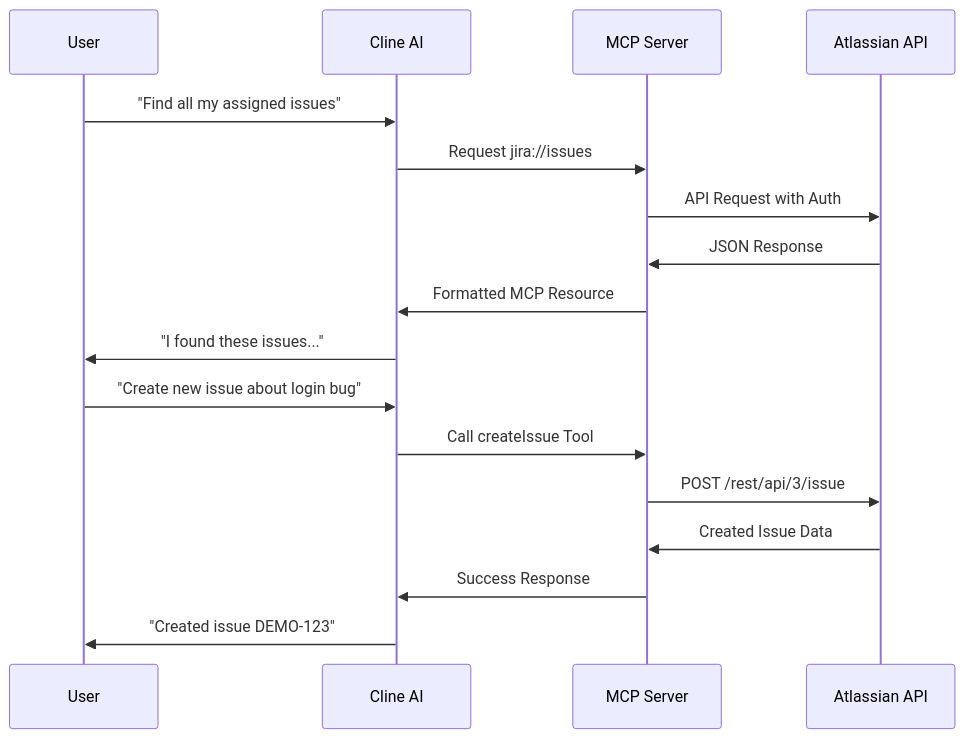
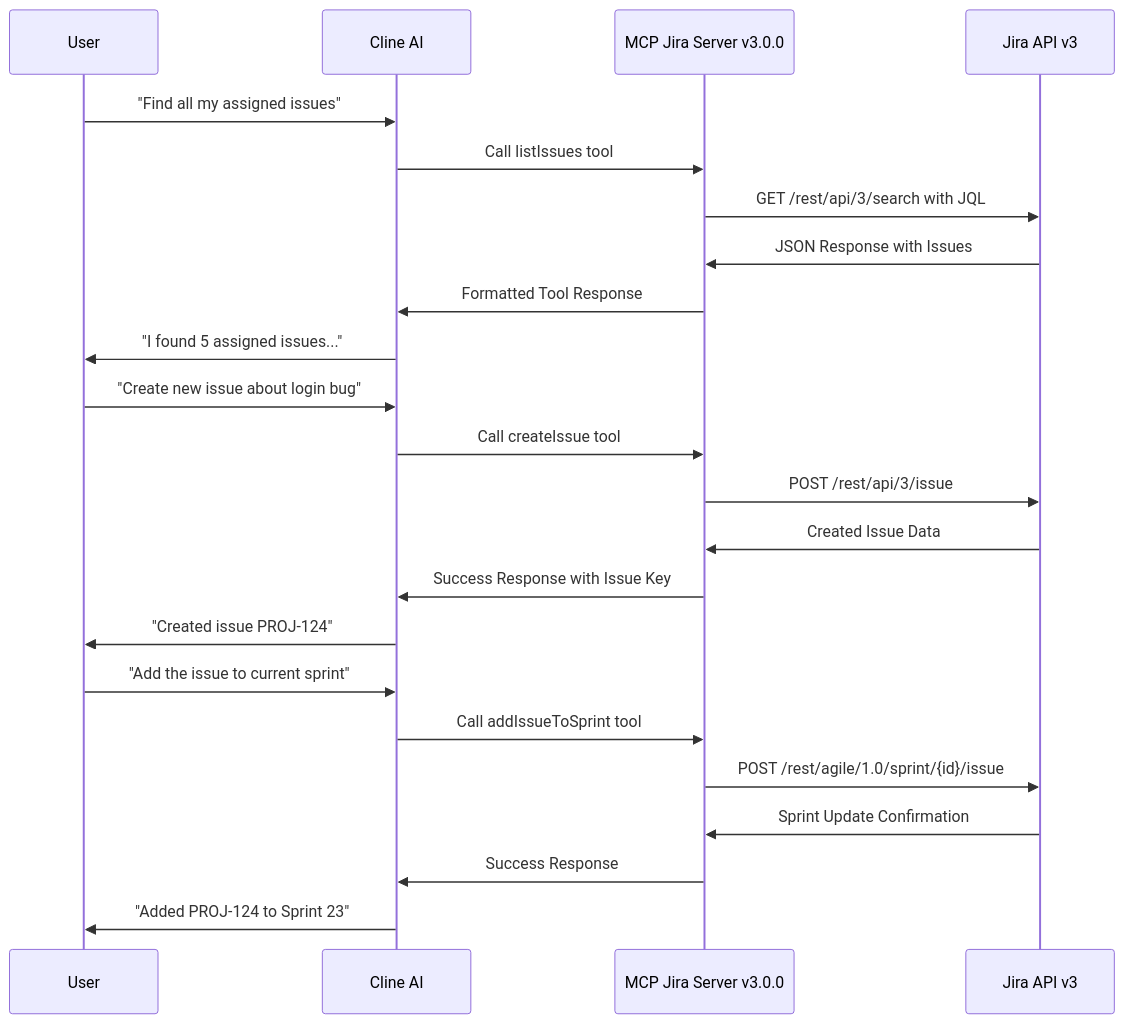
Before and after one commit to phuc-nt/jira-cloud-mcp-server: the second of 2 diagrams in README.md, drawn with Mermaid. The commit also changed other lines of this file and 3 other files, not shown here.

First line of the commit message:
docs: comprehensive user documentation update for v3.0.0 tools-only architecture

````diff
--- a/README.md
+++ b/README.md
@@ -144,21 +159,28 @@
 ```mermaid
 sequenceDiagram
     participant User
     participant Cline as Cline AI
-    participant MCP as MCP Server
-    participant Atlassian as Atlassian API
+    participant MCP as MCP Jira Server v3.0.0
+    participant Jira as Jira API v3
     
     User->>Cline: "Find all my assigned issues"
-    Cline->>MCP: Request jira://issues
-    MCP->>Atlassian: API Request with Auth
-    Atlassian->>MCP: JSON Response
-    MCP->>Cline: Formatted MCP Resource
-    Cline->>User: "I found these issues..."
+    Cline->>MCP: Call listIssues tool
+    MCP->>Jira: GET /rest/api/3/search with JQL
+    Jira->>MCP: JSON Response with Issues
+    MCP->>Cline: Formatted Tool Response
+    Cline->>User: "I found 5 assigned issues..."
     
     User->>Cline: "Create new issue about login bug"
-    Cline->>MCP: Call createIssue Tool
-    MCP->>Atlassian: POST /rest/api/3/issue
-    Atlassian->>MCP: Created Issue Data
+    Cline->>MCP: Call createIssue tool
+    MCP->>Jira: POST /rest/api/3/issue
+    Jira->>MCP: Created Issue Data
+    MCP->>Cline: Success Response with Issue Key
+    Cline->>User: "Created issue PROJ-124"
+    
+    User->>Cline: "Add the issue to current sprint"
+    Cline->>MCP: Call addIssueToSprint tool
+    MCP->>Jira: POST /rest/agile/1.0/sprint/{id}/issue
+    Jira->>MCP: Sprint Update Confirmation
     MCP->>Cline: Success Response
-    Cline->>User: "Created issue DEMO-123"
+    Cline->>User: "Added PROJ-124 to Sprint 23"
 ```
````
